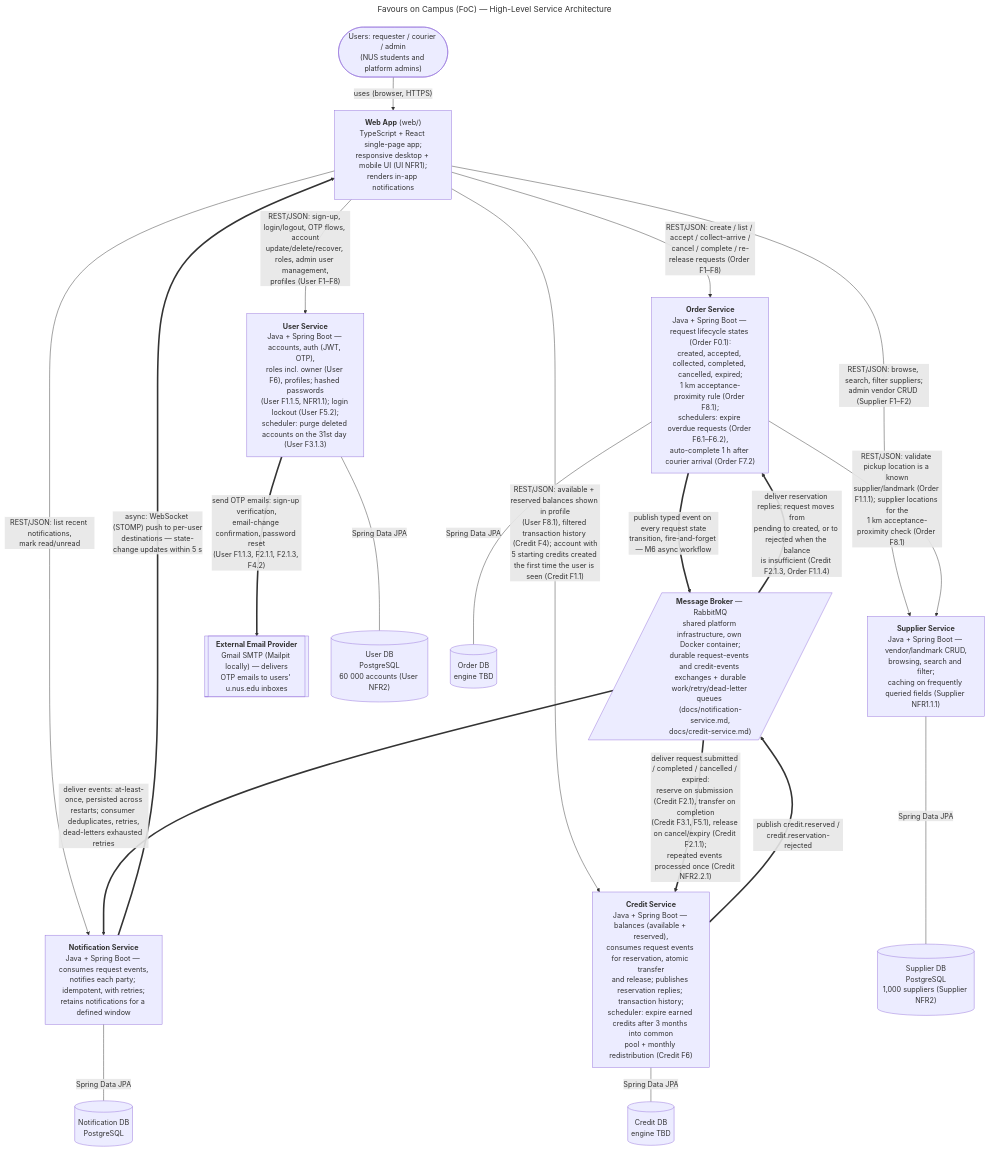
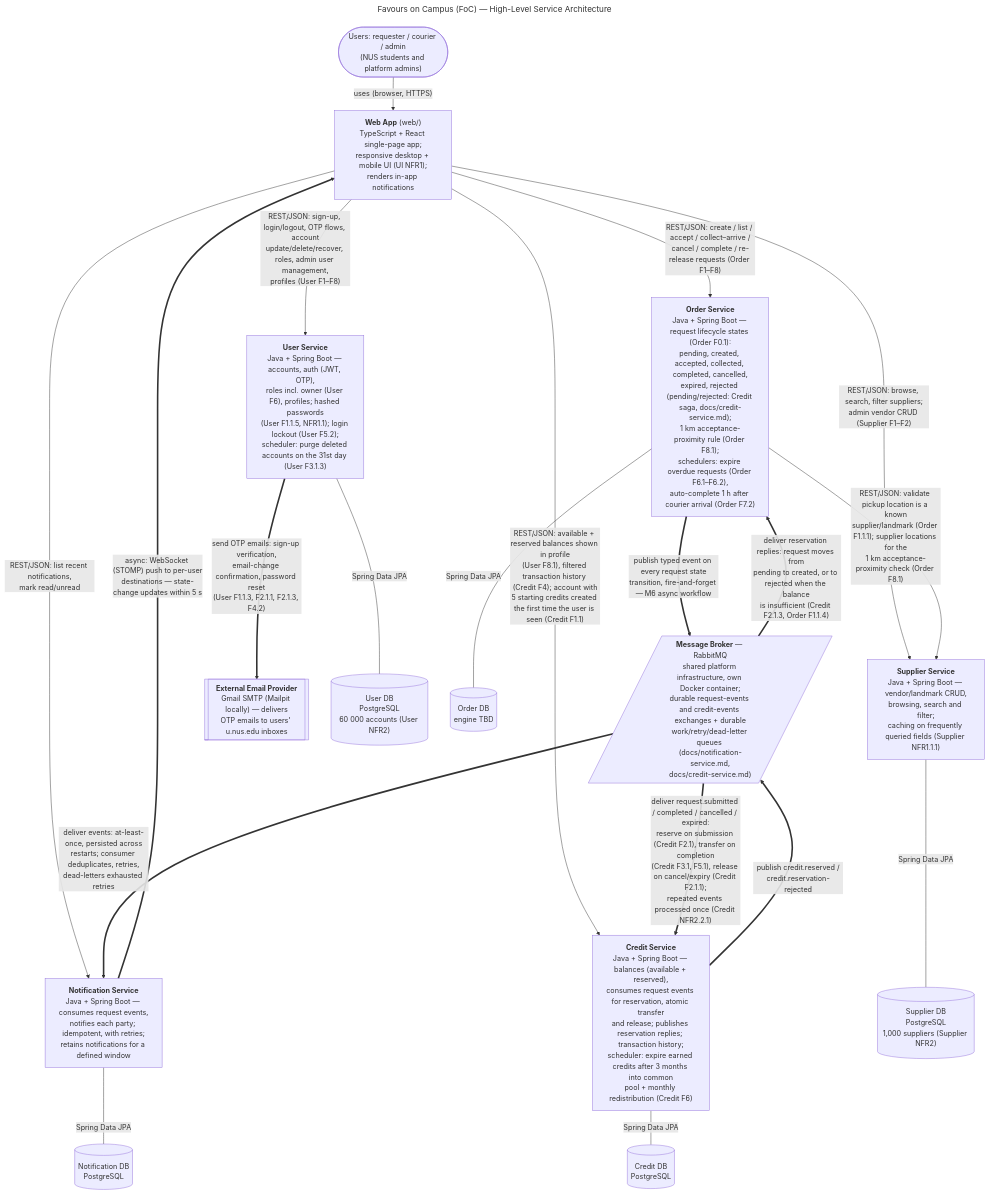
Before and after one commit to AY2627S1-CS3219-P23/foc: the diagram in docs/architecture.mmd, drawn with Mermaid. The commit also changed 9 other files, not shown here.

```diff
--- a/docs/architecture.mmd
+++ b/docs/architecture.mmd
@@ -1,66 +1,69 @@
 ---
 title: "Favours on Campus (FoC) — High-Level Service Architecture"
 ---
 %% AI-assisted (CS3219 AI Usage Policy disclosure):
 %% Tool: Claude Code (Fable 5), 2026-09-14 – 2026-09-21; revised
 %% 2026-09-27 (Claude Code, Sonnet 5).
 %% Scope: transcribed the team-decided architecture (AGENTS.md service
 %% boundaries + D1 requirements) into this diagram and kept it aligned
 %% with the backlog and the team's design decisions (recorded in
 %% docs/architecture.md and docs/notification-service.md). No design
 %% decisions were made by the tool; open decisions are marked "TBD".
 %% 2026-09-27: Supplier DB capacity label updated 100,000 -> 1,000 to
 %% match the team's revised NFR2.1 (docs/supplier-service.md, D7).
 %% 2026-09-29 (Claude Code, Fable 5), issue #88: three resolved TBDs
 %% struck — email provider (Gmail SMTP + local Mailpit, chosen by
 %% Leong Wei Zhi via options Q&A in the issue #88 PR) and the User/
 %% Supplier DB engines (PostgreSQL, decided with issue #85 and the
 %% supplier scaffolding). Details in docs/architecture.md.
 %% Reviewed by: Leong Wei Zhi (via pull request).
 %% 2026-10-09 (Claude Code, Opus 5.5), PR #163 Copilot review: Credit
 %% Service edges brought in line with the team's saga design
 %% (docs/credit-service.md D6-D9): the User -> Credit and Order ->
 %% Credit REST edges removed, reservation and its replies shown as
 %% broker events. Transcription only; no decisions made by the tool.
+%% 2026-10-09, PR #163 review (Leong Wei Zhi): Order states include the saga's
+%% pending and rejected (pending the Order F0.1 rewording listed in
+%% docs/credit-service.md); Credit DB labelled PostgreSQL (its D1).
 %% Author review: Ryan Ang, pending pull request review.
 %% Legend and dependency table: see docs/architecture.md
 flowchart TB
     USERS(["Users: requester / courier / admin<br/>(NUS students and platform admins)"])
     WEB["<b>Web App</b> (web/)<br/>TypeScript + React single-page app;<br/>responsive desktop + mobile UI (UI NFR1);<br/>renders in-app notifications"]
 
     USERS -->|"uses (browser, HTTPS)"| WEB
 
     USER_SVC["<b>User Service</b><br/>Java + Spring Boot — accounts, auth (JWT, OTP),<br/>roles incl. owner (User F6), profiles; hashed passwords<br/>(User F1.1.5, NFR1.1); login lockout (User F5.2);<br/>scheduler: purge deleted accounts on the 31st day (User F3.1.3)"]
     SUP_SVC["<b>Supplier Service</b><br/>Java + Spring Boot — vendor/landmark CRUD,<br/>browsing, search and filter;<br/>caching on frequently queried fields (Supplier NFR1.1.1)"]
-    ORDER_SVC["<b>Order Service</b><br/>Java + Spring Boot — request lifecycle states (Order F0.1):<br/>created, accepted, collected, completed, cancelled, expired;<br/>1 km acceptance-proximity rule (Order F8.1);<br/>schedulers: expire overdue requests (Order F6.1–F6.2),<br/>auto-complete 1 h after courier arrival (Order F7.2)"]
+    ORDER_SVC["<b>Order Service</b><br/>Java + Spring Boot — request lifecycle states (Order F0.1):<br/>pending, created, accepted, collected, completed, cancelled,<br/>expired, rejected (pending/rejected: Credit saga, docs/credit-service.md);<br/>1 km acceptance-proximity rule (Order F8.1);<br/>schedulers: expire overdue requests (Order F6.1–F6.2),<br/>auto-complete 1 h after courier arrival (Order F7.2)"]
     CREDIT_SVC["<b>Credit Service</b><br/>Java + Spring Boot — balances (available + reserved),<br/>consumes request events for reservation, atomic transfer<br/>and release; publishes reservation replies; transaction history;<br/>scheduler: expire earned credits after 3 months into common<br/>pool + monthly redistribution (Credit F6)"]
     NOTIF_SVC["<b>Notification Service</b><br/>Java + Spring Boot — consumes request events,<br/>notifies each party; idempotent, with retries;<br/>retains notifications for a defined window"]
     BROKER[/"<b>Message Broker</b> — RabbitMQ<br/>shared platform infrastructure, own Docker container;<br/>durable request-events and credit-events exchanges + durable<br/>work/retry/dead-letter queues (docs/notification-service.md,<br/>docs/credit-service.md)"/]
     EMAIL[["<b>External Email Provider</b><br/>Gmail SMTP (Mailpit locally) — delivers<br/>OTP emails to users' u.nus.edu inboxes"]]
 
     WEB -->|"REST/JSON: sign-up, login/logout, OTP flows, account<br/>update/delete/recover, roles, admin user management,<br/>profiles (User F1–F8)"| USER_SVC
     WEB -->|"REST/JSON: browse, search, filter suppliers;<br/>admin vendor CRUD (Supplier F1–F2)"| SUP_SVC
     WEB -->|"REST/JSON: create / list / accept / collect–arrive /<br/>cancel / complete / re-release requests (Order F1–F8)"| ORDER_SVC
     WEB -->|"REST/JSON: available + reserved balances shown in profile<br/>(User F8.1), filtered transaction history (Credit F4); account with<br/>5 starting credits created the first time the user is seen (Credit F1.1)"| CREDIT_SVC
     WEB -->|"REST/JSON: list recent notifications,<br/>mark read/unread"| NOTIF_SVC
     NOTIF_SVC ==>|"async: WebSocket (STOMP) push to per-user<br/>destinations — state-change updates within 5 s"| WEB
 
     USER_SVC ==>|"send OTP emails: sign-up verification,<br/>email-change confirmation, password reset<br/>(User F1.1.3, F2.1.1, F2.1.3, F4.2)"| EMAIL
     ORDER_SVC -->|"REST/JSON: validate pickup location is a known<br/>supplier/landmark (Order F1.1.1); supplier locations for the<br/>1 km acceptance-proximity check (Order F8.1)"| SUP_SVC
     ORDER_SVC ==>|"publish typed event on every request state<br/>transition, fire-and-forget — M6 async workflow"| BROKER
     BROKER ==>|"deliver events: at-least-once, persisted across<br/>restarts; consumer deduplicates, retries,<br/>dead-letters exhausted retries"| NOTIF_SVC
     BROKER ==>|"deliver request.submitted / completed / cancelled / expired:<br/>reserve on submission (Credit F2.1), transfer on completion<br/>(Credit F3.1, F5.1), release on cancel/expiry (Credit F2.1.1);<br/>repeated events processed once (Credit NFR2.2.1)"| CREDIT_SVC
     CREDIT_SVC ==>|"publish credit.reserved /<br/>credit.reservation-rejected"| BROKER
     BROKER ==>|"deliver reservation replies: request moves from<br/>pending to created, or to rejected when the balance<br/>is insufficient (Credit F2.1.3, Order F1.1.4)"| ORDER_SVC
 
     USER_DB[("User DB<br/>PostgreSQL<br/>60 000 accounts (User NFR2)")]
     SUP_DB[("Supplier DB<br/>PostgreSQL<br/>1,000 suppliers (Supplier NFR2)")]
     ORDER_DB[("Order DB<br/>engine TBD")]
-    CREDIT_DB[("Credit DB<br/>engine TBD")]
+    CREDIT_DB[("Credit DB<br/>PostgreSQL")]
     NOTIF_DB[("Notification DB<br/>PostgreSQL")]
 
     USER_SVC ---|"Spring Data JPA"| USER_DB
     SUP_SVC ---|"Spring Data JPA"| SUP_DB
     ORDER_SVC ---|"Spring Data JPA"| ORDER_DB
     CREDIT_SVC ---|"Spring Data JPA"| CREDIT_DB
     NOTIF_SVC ---|"Spring Data JPA"| NOTIF_DB
```
